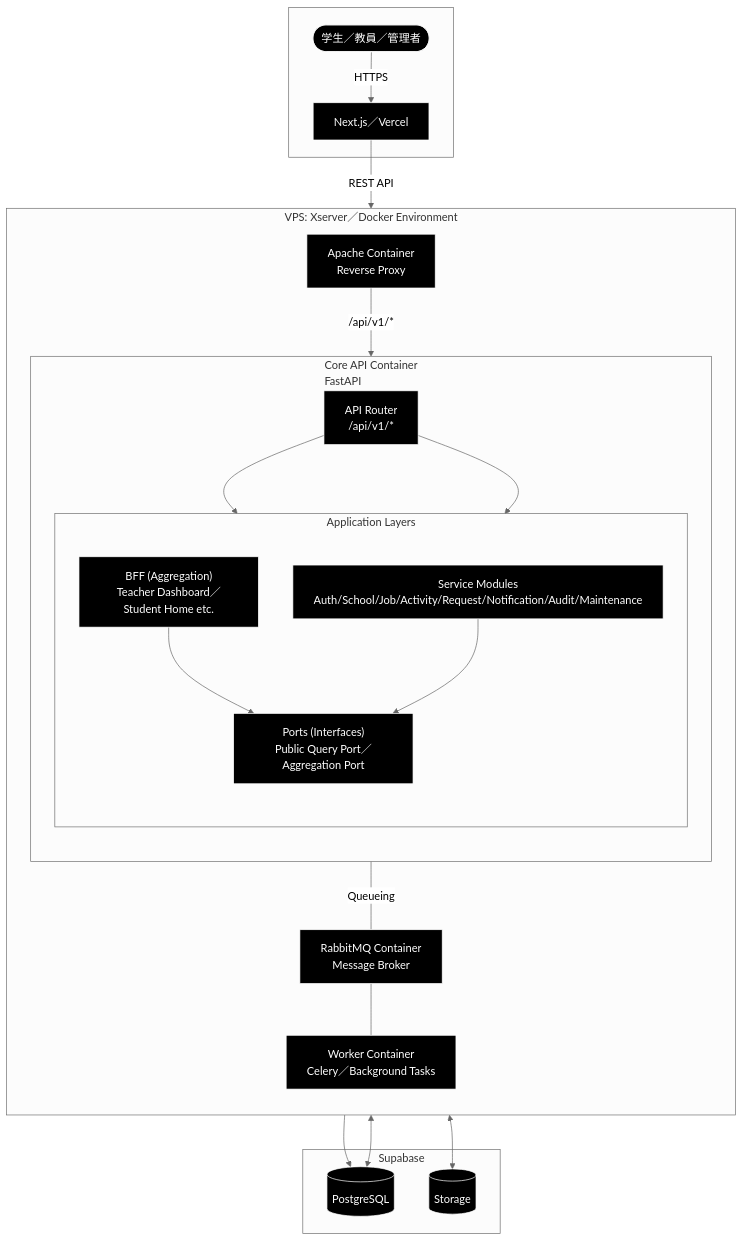
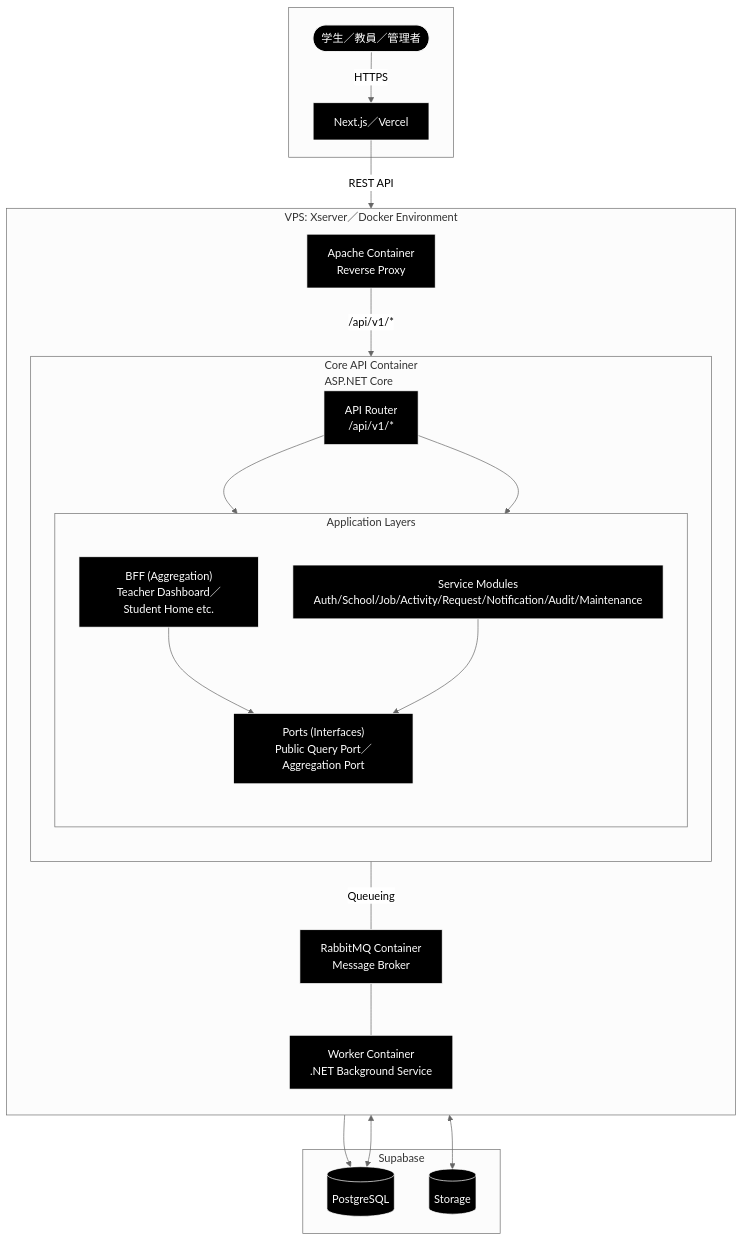
One commit to torakiti-1128/senlink changed the diagram in docs/02_BASIC_DESIGN/00_SYSTEM_CONFIGURATION/00_ARCHITECTURE.md. Above: the diagram before and after it, drawn with Mermaid (neutral theme). The commit also changed other lines of this file, not shown here.

Commit message:
docs: C#で堅実な開発知識をつけるため、PythonからC#へ変更

````diff
--- a/docs/02_BASIC_DESIGN/00_SYSTEM_CONFIGURATION/00_ARCHITECTURE.md
+++ b/docs/02_BASIC_DESIGN/00_SYSTEM_CONFIGURATION/00_ARCHITECTURE.md
@@ -16,61 +16,61 @@
 ```mermaid
 graph TB
     %% スタイル定義（黒塗＋白文字＋白枠）
     classDef user fill:#000,stroke:#fff,color:#fff,stroke-width:1px;
     classDef frontend fill:#000,stroke:#fff,color:#fff,stroke-width:1px;
     classDef container fill:#000,stroke:#fff,color:#fff,stroke-width:1px;
     classDef internal fill:#000,stroke:#fff,color:#fff,stroke-width:1px;
     classDef supabase fill:#000,stroke:#fff,color:#fff,stroke-width:1px;
     classDef mq fill:#000,stroke:#fff,color:#fff,stroke-width:1px;
 
     subgraph Frontend [ ]
         User([学生／教員／管理者]):::user
         Vercel[Next.js／Vercel]:::frontend
     end
 
     subgraph Xserver_VPS [VPS: Xserver／Docker Environment]
         direction TB
 
         Apache[Apache Container<br/>Reverse Proxy]:::container
 
-        subgraph CoreAPI ["Core API Container<br/>FastAPI"]
+        subgraph CoreAPI ["Core API Container<br/>ASP.NET Core"]
             direction TB
             Router[API Router<br/>/api/v1/*]:::container
 
             subgraph Layers ["Application Layers"]
                 direction TB
                 Domain[Service Modules<br/>Auth/School/Job/Activity/Request/Notification/Audit/Maintenance]:::internal
                 BFF["BFF (Aggregation)<br/>Teacher Dashboard／Student Home etc."]:::internal
                 Ports["Ports (Interfaces)<br/>Public Query Port／Aggregation Port"]:::internal
             end
         end
 
         RabbitMQ["RabbitMQ Container<br/>Message Broker"]:::mq
-        Worker["Worker Container<br/>Celery／Background Tasks"]:::mq
+        Worker["Worker Container<br/>.NET Background Service"]:::mq
     end
 
     subgraph Supabase_Cloud [Supabase]
         DB[(PostgreSQL)]:::supabase
         Storage[(Storage)]:::supabase
     end
 
     %% 接続関係
     User -->|HTTPS| Vercel
     Vercel -->|REST API| Apache
     Apache -->|/api/v1/*| Router
 
     %% Core内部の依存（概念）
     Router --> BFF
     Router --> Domain
     BFF --> Ports
     Domain --> Ports
 
     %% Data Access
     CoreAPI <--> DB
     CoreAPI <--> Storage
 
     %% 非同期処理フロー
     Domain ---|Queueing| RabbitMQ
     RabbitMQ --- Worker
     Worker --> DB
 ```
````
